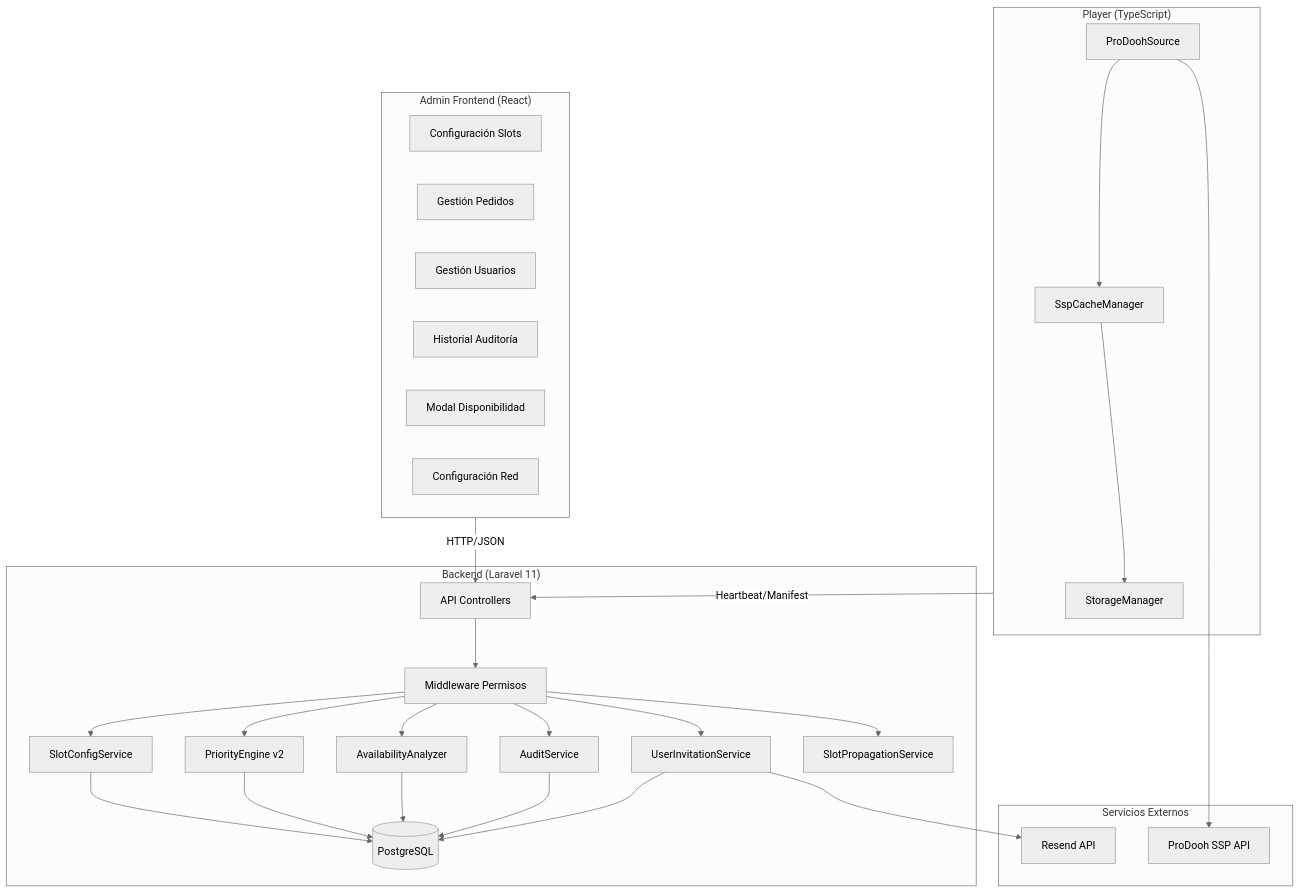
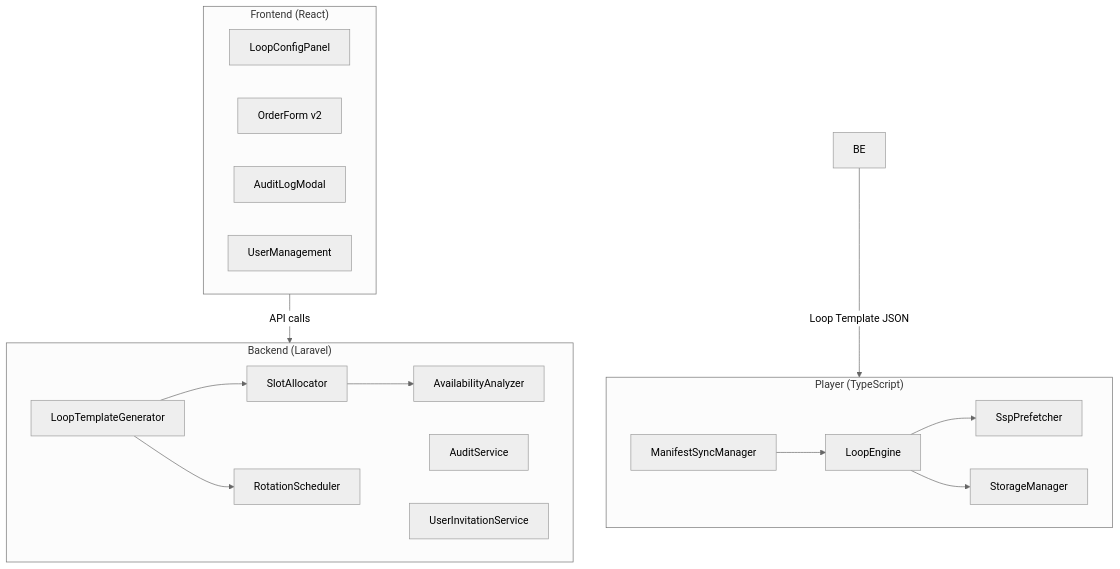
Before and after one commit to avellaca/prodooh-player: the second of 3 diagrams in .kiro/specs/12-simil-ad-manager/design.md, drawn with Mermaid (neutral theme). The commit also changed other lines of this file and 194 other files, not shown here.

````diff
--- a/.kiro/specs/12-simil-ad-manager/design.md
+++ b/.kiro/specs/12-simil-ad-manager/design.md
@@ -35,43 +62,36 @@
 ```mermaid
 graph TB
-    subgraph Frontend["Admin Frontend (React)"]
-        UI_Slots[Configuración Slots]
-        UI_Orders[Gestión Pedidos]
-        UI_Users[Gestión Usuarios]
-        UI_Audit[Historial Auditoría]
-        UI_Availability[Modal Disponibilidad]
-        UI_Network[Configuración Red]
+    subgraph Backend ["Backend (Laravel)"]
+        LTG[LoopTemplateGenerator]
+        SA[SlotAllocator]
+        RS[RotationScheduler]
+        AA[AvailabilityAnalyzer]
+        AS[AuditService]
+        UIS[UserInvitationService]
+        
+        LTG --> SA
+        LTG --> RS
+        SA --> AA
     end
 
-    subgraph Backend["Backend (Laravel 11)"]
-        API[API Controllers]
-        MW[Middleware Permisos]
-        SVC_Slots[SlotConfigService]
-        SVC_Priority[PriorityEngine v2]
-        SVC_Avail[AvailabilityAnalyzer]
-        SVC_Audit[AuditService]
-        SVC_Users[UserInvitationService]
-        SVC_Propagate[SlotPropagationService]
-        DB[(PostgreSQL)]
+    subgraph Frontend ["Frontend (React)"]
+        LC[LoopConfigPanel]
+        OF[OrderForm v2]
+        AL[AuditLogModal]
+        UM[UserManagement]
     end
 
-    subgraph Player["Player (TypeScript)"]
-        SSP_Cache[SspCacheManager]
-        Storage[StorageManager]
-        ProDooh[ProDoohSource]
+    subgraph Player ["Player (TypeScript)"]
+        LE[LoopEngine]
+        SP[SspPrefetcher]
+        SM[StorageManager]
+        MSM[ManifestSyncManager]
+        
+        MSM --> LE
+        LE --> SP
+        LE --> SM
     end
 
-    subgraph External["Servicios Externos"]
-        Resend[Resend API]
-        SSP_API[ProDooh SSP API]
-    end
-
-    Frontend -->|HTTP/JSON| API
-    API --> MW --> SVC_Slots & SVC_Priority & SVC_Avail & SVC_Audit & SVC_Users & SVC_Propagate
-    SVC_Slots & SVC_Priority & SVC_Avail & SVC_Audit & SVC_Users --> DB
-    SVC_Users --> Resend
-    Player -->|Heartbeat/Manifest| API
-    ProDooh --> SSP_API
-    ProDooh --> SSP_Cache
-    SSP_Cache --> Storage
+    BE -->|Loop Template JSON| Player
+    Frontend -->|API calls| Backend
 ```
````
